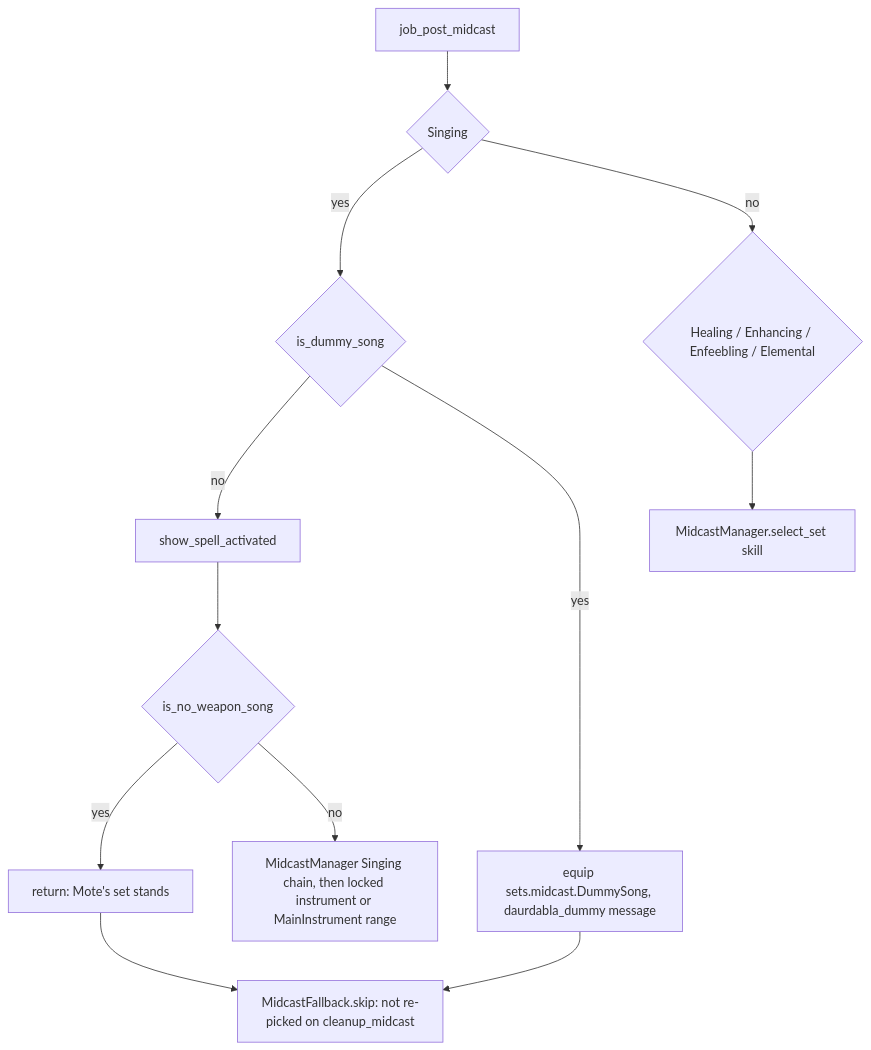
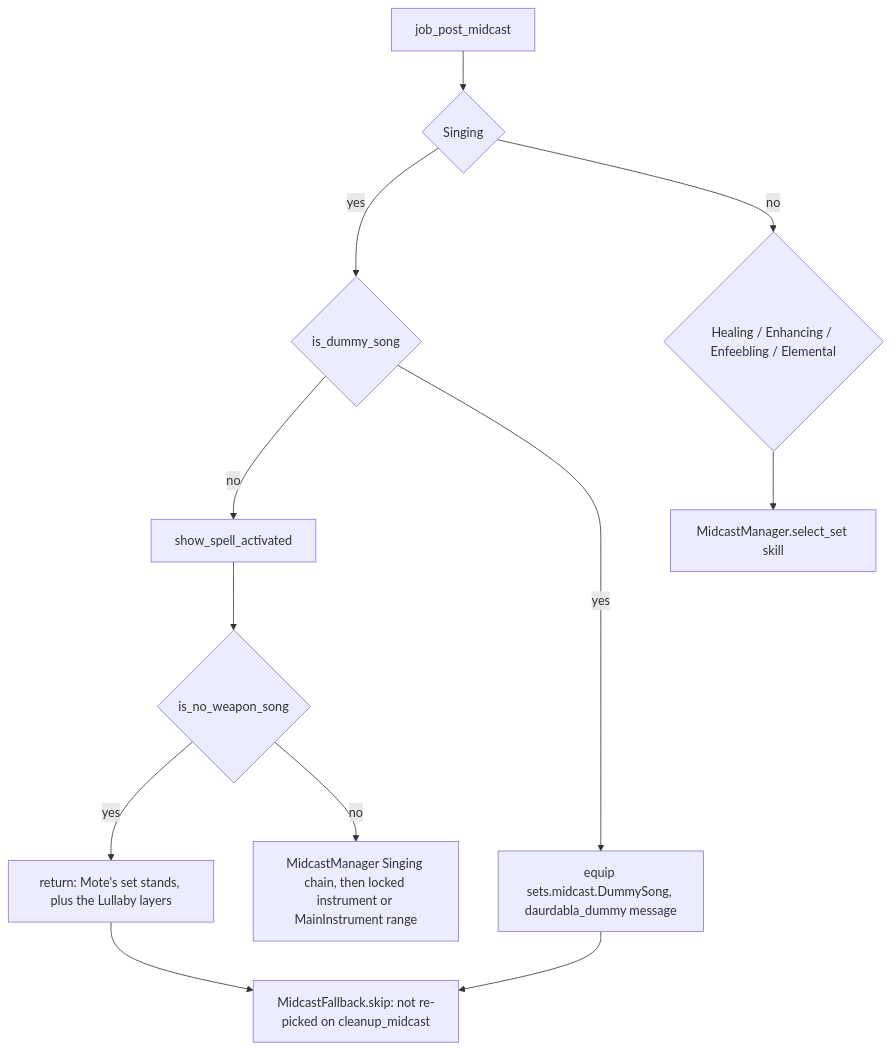
Before and after one commit to ejouanchicot/Gearswap: the third of 3 diagrams in docs/dev/jobs/brd.md, drawn with Mermaid. The commit also changed other lines of this file and 11 other files, not shown here.

First line of the commit message:
feat(brd): Lullaby instrument layers, AutoPianissimo mode

````diff
--- a/docs/dev/jobs/brd.md
+++ b/docs/dev/jobs/brd.md
@@ -343,14 +343,14 @@
 ```mermaid
 flowchart TD
     A[job_post_midcast] --> S{Singing}
     S -- yes --> D{is_dummy_song}
     D -- no --> M1[show_spell_activated]
     D -- yes --> DS[equip sets.midcast.DummySong, daurdabla_dummy message]
     M1 --> N{is_no_weapon_song}
-    N -- yes --> X[return: Mote's set stands]
+    N -- yes --> X[return: Mote's set stands, plus the Lullaby layers]
     N -- no --> MM[MidcastManager Singing chain, then locked instrument or MainInstrument range]
     S -- no --> H{Healing / Enhancing / Enfeebling / Elemental}
     H --> SS[MidcastManager.select_set skill]
     DS --> FB
     X --> FB[MidcastFallback.skip: not re-picked on cleanup_midcast]
 ```
````
